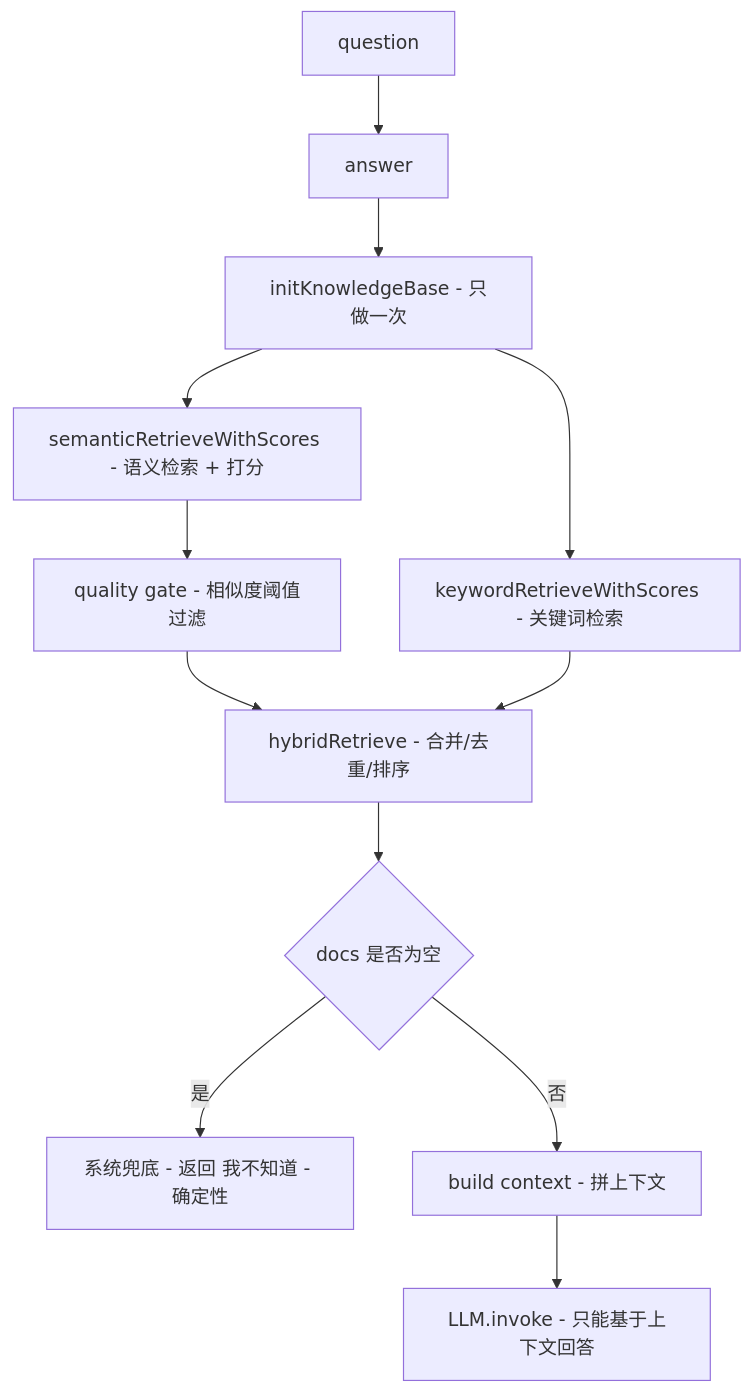
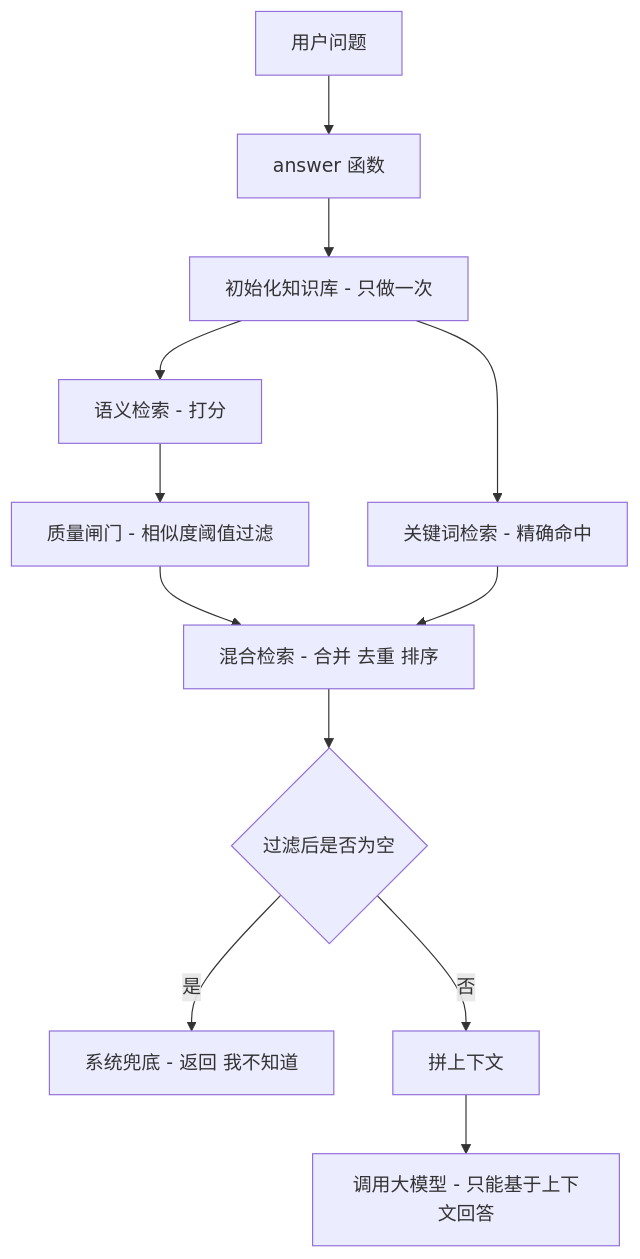
One commit to aaaaaajie/AI-study changed the diagram in src/RAG/day5/index.md. Above: the diagram before and after it, drawn with Mermaid. The commit also changed 1 other file, not shown here.

Commit message:
fix: 修复流程图渲染

````diff
--- a/src/RAG/day5/index.md
+++ b/src/RAG/day5/index.md
@@ -32,14 +32,18 @@
 ```mermaid
-flowchart TB
-	U["question"] --> Q["answer"]
-	Q --> I["initKnowledgeBase - 只做一次"]
-	I --> S["semanticRetrieveWithScores - 语义检索 + 打分"]
-	S --> T["quality gate - 相似度阈值过滤"]
-	I --> K["keywordRetrieveWithScores - 关键词检索"]
-	T --> H["hybridRetrieve - 合并/去重/排序"]
-	K --> H
-	H --> E{"docs 是否为空"}
-	E -- "是" --> F["系统兜底 - 返回 我不知道 - 确定性"]
-	E -- "否" --> C["build context - 拼上下文"]
-	C --> L["LLM.invoke - 只能基于上下文回答"]
+graph TB
+  question["用户问题"] --> answer["answer 函数"]
+  answer --> initKnowledgeBase["初始化知识库 - 只做一次"]
+
+  initKnowledgeBase --> semanticRetrieveWithScores["语义检索 - 打分"]
+  semanticRetrieveWithScores --> qualityGate["质量闸门 - 相似度阈值过滤"]
+
+  initKnowledgeBase --> keywordRetrieveWithScores["关键词检索 - 精确命中"]
+
+  qualityGate --> hybridRetrieve["混合检索 - 合并 去重 排序"]
+  keywordRetrieveWithScores --> hybridRetrieve
+
+  hybridRetrieve --> docsEmpty{"过滤后是否为空"}
+  docsEmpty -- "是" --> fallback["系统兜底 - 返回 我不知道"]
+  docsEmpty -- "否" --> buildContext["拼上下文"]
+  buildContext --> llmInvoke["调用大模型 - 只能基于上下文回答"]
 ```
````
